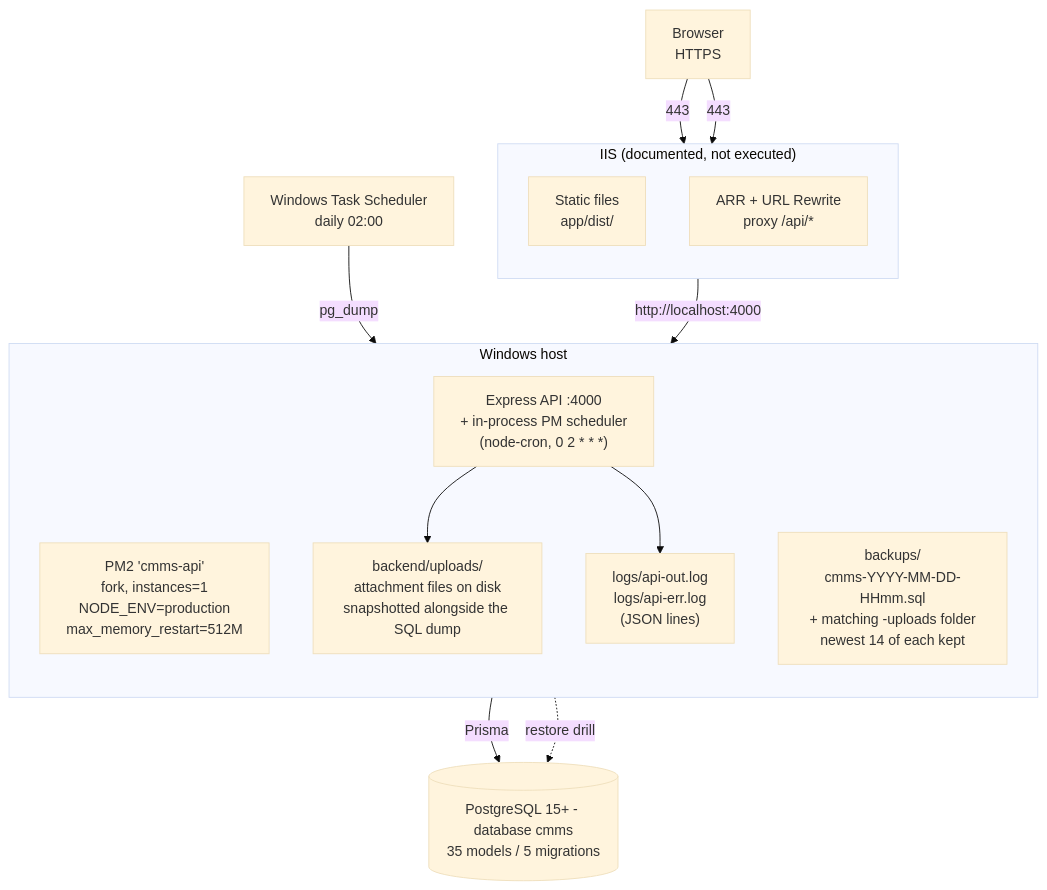
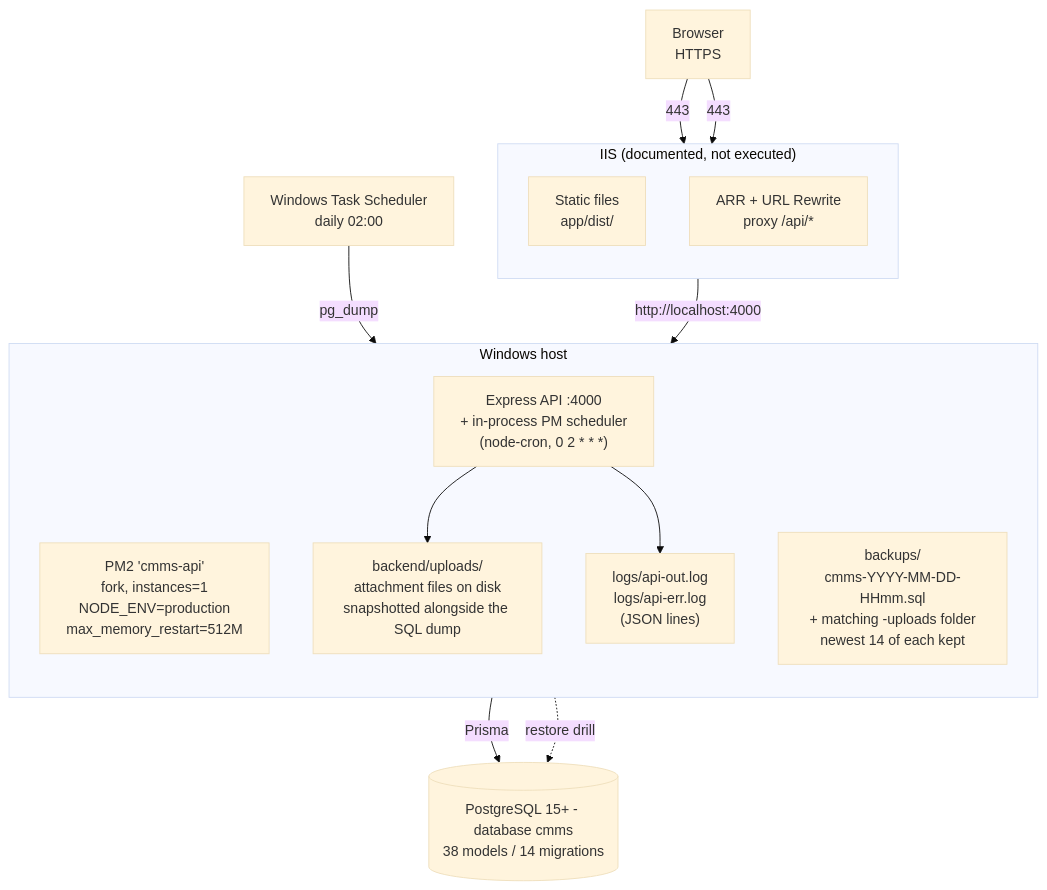
One commit to MohammedAlmaqan/CMMSproject changed the diagram in docs/ARCHITECTURE.md. Above: the diagram before and after it, drawn with Mermaid (base theme). The commit also changed other lines of this file and 13 other files, not shown here.

First line of the commit message:
docs: reconcile all tracked docs with the current code, schema, and matrix

````diff
--- a/docs/ARCHITECTURE.md
+++ b/docs/ARCHITECTURE.md
@@ -43,31 +43,31 @@
 ```mermaid
 flowchart TB
     B["Browser<br/>HTTPS"]
 
     subgraph IIS["IIS (documented, not executed)"]
         direction TB
         STATIC["Static files<br/>app/dist/"]
         PROXY["ARR + URL Rewrite<br/>proxy /api/*"]
     end
 
     subgraph HOST["Windows host"]
         direction TB
         PM2["PM2 'cmms-api'<br/>fork, instances=1<br/>NODE_ENV=production<br/>max_memory_restart=512M"]
         API["Express API :4000<br/>+ in-process PM scheduler<br/>(node-cron, 0 2 * * *)"]
         LOGS["logs/api-out.log<br/>logs/api-err.log<br/>(JSON lines)"]
         UPL["backend/uploads/<br/>attachment files on disk<br/>snapshotted alongside the SQL dump"]
         BK["backups/<br/>cmms-YYYY-MM-DD-HHmm.sql<br/>+ matching -uploads folder<br/>newest 14 of each kept"]
     end
 
-    DB[("PostgreSQL 15+ - database cmms<br/>35 models / 5 migrations")]
+    DB[("PostgreSQL 15+ - database cmms<br/>38 models / 14 migrations")]
     TASKSCHED["Windows Task Scheduler<br/>daily 02:00"]
 
     B -->|443| STATIC
     B -->|443| PROXY
     PROXY -->|http://localhost:4000| API
     API -->|Prisma| DB
     API --> UPL
     API --> LOGS
     TASKSCHED -->|pg_dump| BK
     BK -.->|restore drill| DB
 ```
````
